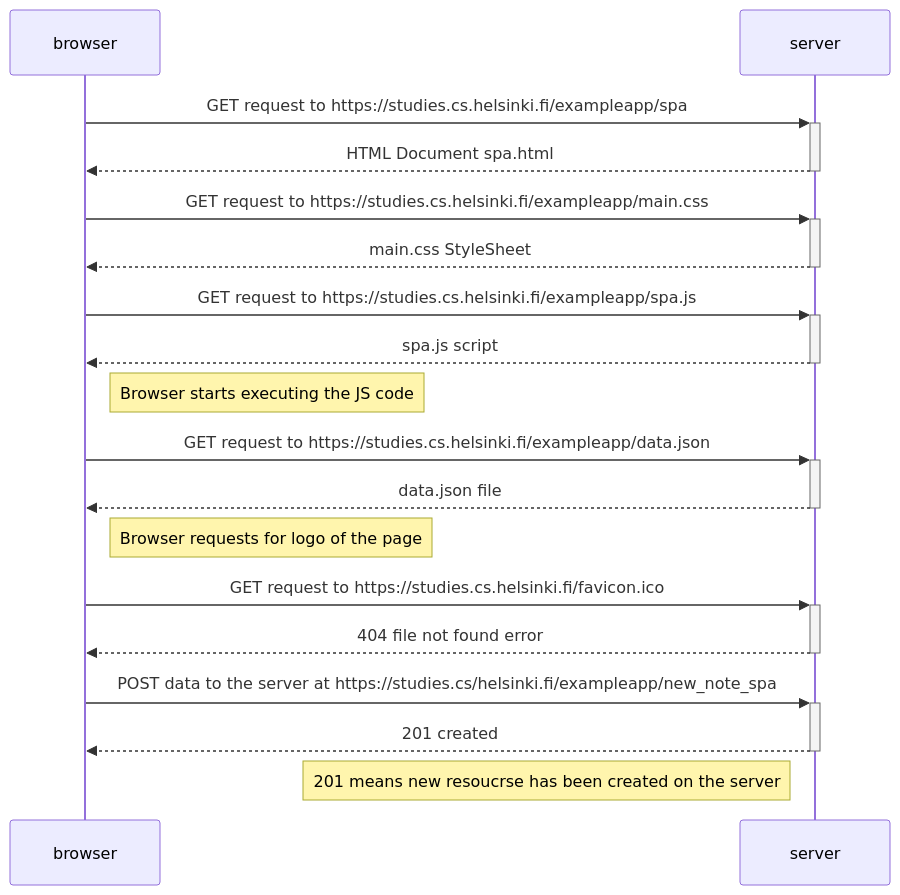
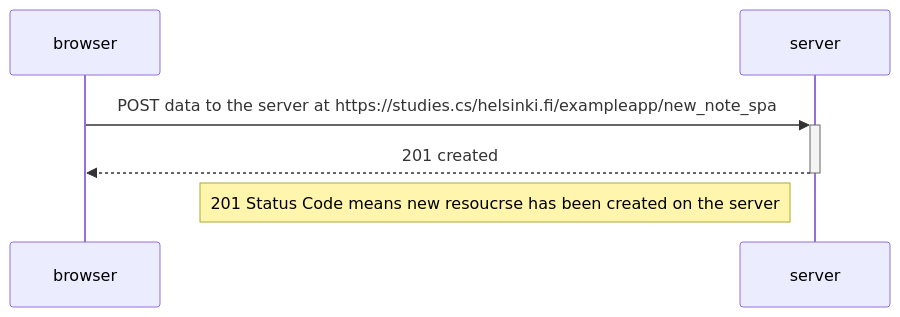
The diagram in part0/Exercise 0.6.md (KenniBlank/FullStackOpen), drawn with Mermaid before and after one commit. The commit also changed other lines of this file and 2 other files, not shown here.

Commit message:
Part 0 All Exercise Complete of FullStackOpen

````diff
--- a/part0/Exercise 0.6.md
+++ b/part0/Exercise 0.6.md
@@ -4,27 +4,9 @@
 ```mermaid
 sequenceDiagram
     participant browser
     participant server
 
-    browser->>+server: GET request to https://studies.cs.helsinki.fi/exampleapp/spa
-    server-->>-browser: HTML Document spa.html
-
-    browser->>+server: GET request to https://studies.cs.helsinki.fi/exampleapp/main.css
-    server-->>-browser: main.css StyleSheet 
-
-    browser->>+server: GET request to https://studies.cs.helsinki.fi/exampleapp/spa.js
-    server-->>-browser: spa.js script
-
-    Note right of browser: Browser starts executing the JS code
-
-    browser->>+server: GET request to https://studies.cs.helsinki.fi/exampleapp/data.json
-    server-->>-browser: data.json file
-
-    Note right of browser: Browser requests for logo of the page
-    browser->>+server: GET request to https://studies.cs.helsinki.fi/favicon.ico
-    server-->>-browser: 404 file not found error 
-
     browser->>+server: POST data to the server at https://studies.cs/helsinki.fi/exampleapp/new_note_spa
     server-->>-browser: 201 created
-    Note left of server: 201 means new resoucrse has been created on the server
+    Note left of server: 201 Status Code means new resoucrse has been created on the server
 ```
````
